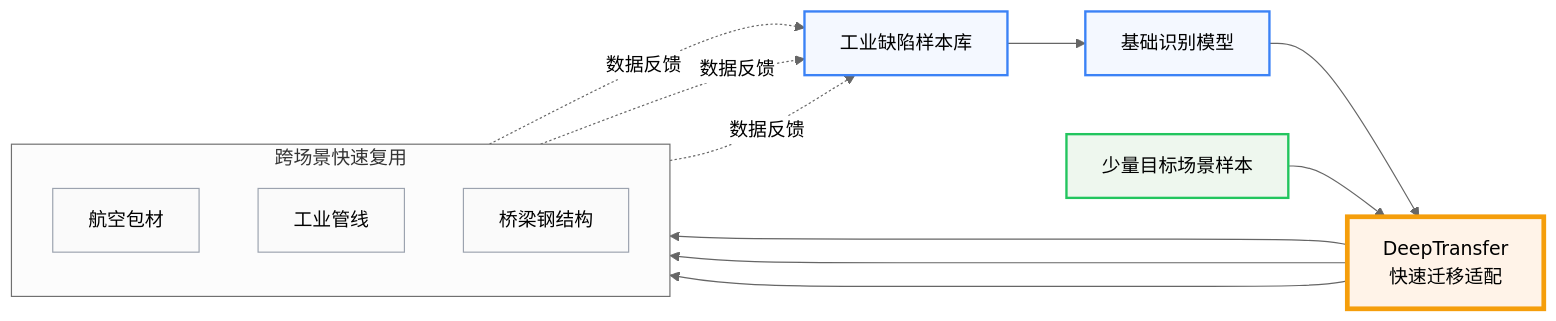
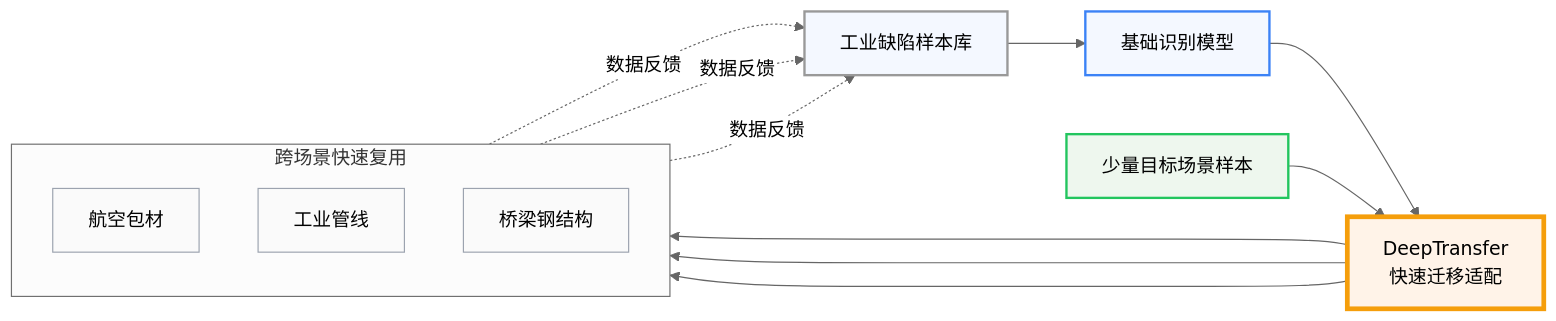
One commit to LGS91/iodraw-files changed the diagram in all/未命名.md. Above: the diagram before and after it, drawn with Mermaid (neutral theme).

Commit message:
2026-07-07 10:35:04 update

````diff
--- a/all/未命名.md
+++ b/all/未命名.md
@@ -1,38 +1,38 @@
 ```mermaid
 flowchart LR
 
 A["工业缺陷样本库"]
 B["基础识别模型"]
 C["DeepTransfer<br/>快速迁移适配"]
 D["少量目标场景样本"]
 
 subgraph E["跨场景快速复用"]
 direction TB
 E1["航空包材"]
 E2["工业管线"]
 E3["桥梁钢结构"]
 end
 
 A --> B
 B --> C
 D --> C
 
 C --> E1
 C --> E2
 C --> E3
 
 E1 -. 数据反馈 .-> A
 E2 -. 数据反馈 .-> A
 E3 -. 数据反馈 .-> A
 
-style A fill:#F4F8FF,stroke:#3B82F6,stroke-width:2px
+style A fill:#F4F8FF,stroke:#B82F6,stroke-width:2px
 style B fill:#F4F8FF,stroke:#3B82F6,stroke-width:2px
 
 style C fill:#FFF3E8,stroke:#F59E0B,stroke-width:4px
 
 style D fill:#EEF7EE,stroke:#22C55E,stroke-width:2px
 
 style E1 fill:#FAFAFA,stroke:#9CA3AF
 style E2 fill:#FAFAFA,stroke:#9CA3AF
 style E3 fill:#FAFAFA,stroke:#9CA3AF
 ```
````
